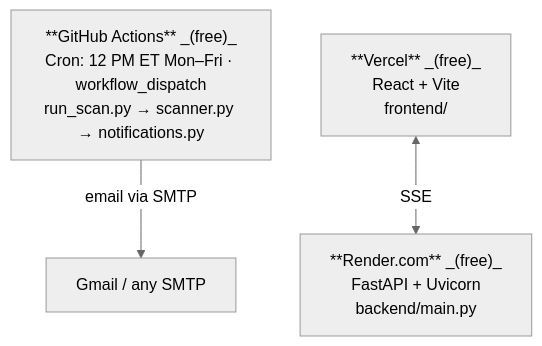
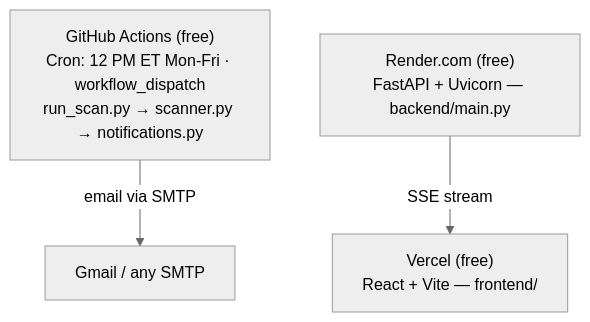
Before and after one commit to mehtakaran9/stock-screener: the diagram in README.md, drawn with Mermaid (neutral theme). The commit also changed 10 other files, not shown here.

First line of the commit message:
fix: audit — bugs, dead code, inconsistencies, diagram

````diff
--- a/README.md
+++ b/README.md
@@ -76,10 +76,10 @@
 ```mermaid
 flowchart TD
-    GHA["**GitHub Actions** _(free)_\nCron: 12 PM ET Mon–Fri · workflow_dispatch\nrun_scan.py → scanner.py → notifications.py"]
+    GHA["GitHub Actions (free)\nCron: 12 PM ET Mon-Fri · workflow_dispatch\nrun_scan.py → scanner.py → notifications.py"]
     SMTP["Gmail / any SMTP"]
-    Vercel["**Vercel** _(free)_\nReact + Vite\nfrontend/"]
-    Render["**Render.com** _(free)_\nFastAPI + Uvicorn\nbackend/main.py"]
+    Vercel["Vercel (free)\nReact + Vite — frontend/"]
+    Render["Render.com (free)\nFastAPI + Uvicorn — backend/main.py"]
 
     GHA -->|email via SMTP| SMTP
-    Vercel <-->|SSE| Render
+    Render -->|SSE stream| Vercel
 ```
````
